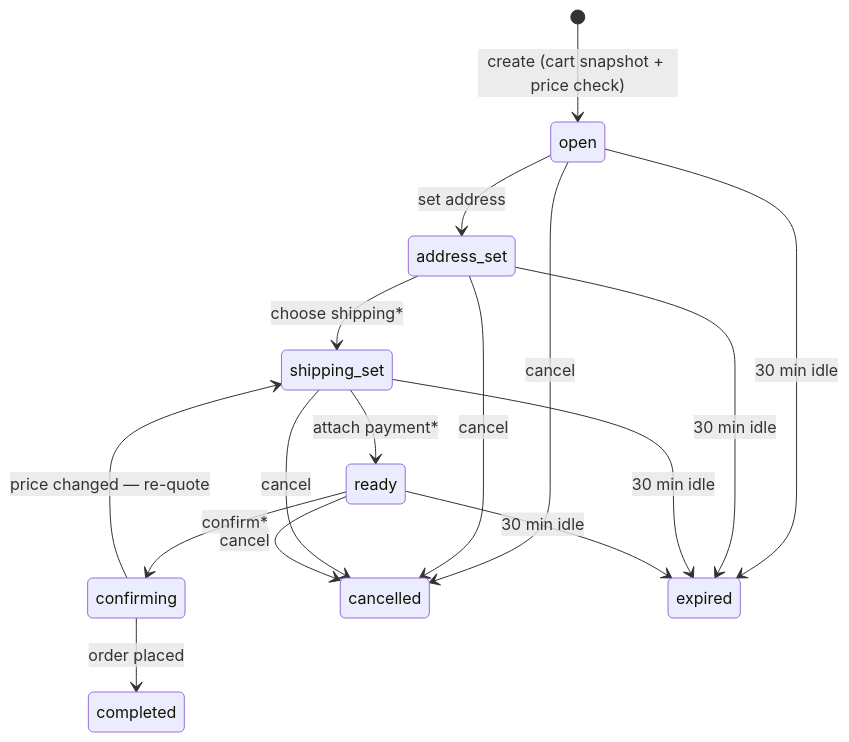
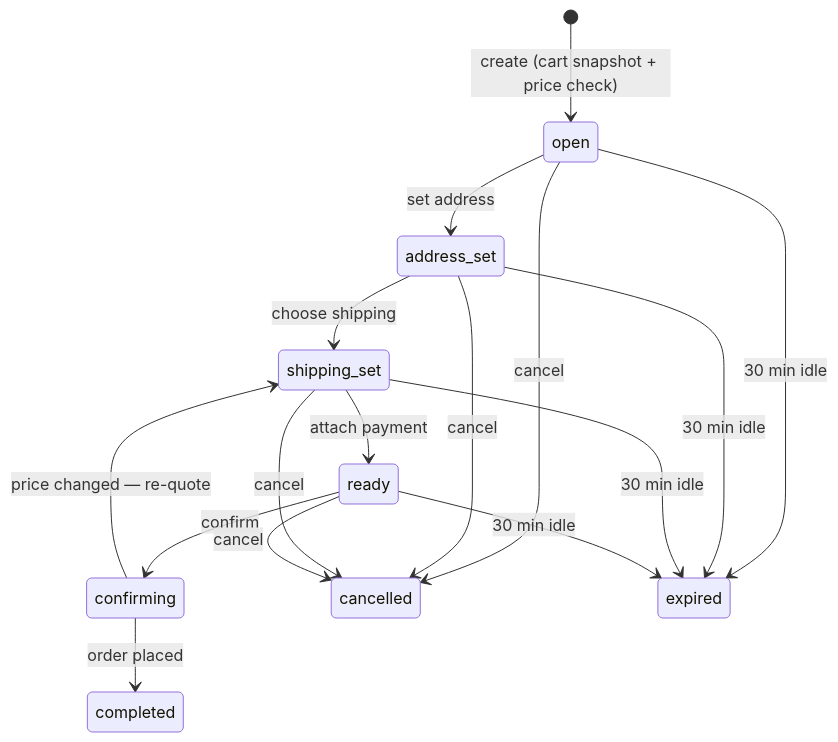
One commit to duynhlab/checkout-service changed the diagram in README.md. Above: the diagram before and after it, drawn with Mermaid. The commit also changed other lines of this file, not shown here.

````diff
--- a/README.md
+++ b/README.md
@@ -24,18 +24,18 @@
 ```mermaid
 stateDiagram-v2
     [*] --> open : create (cart snapshot + price check)
     open --> address_set : set address
-    address_set --> shipping_set : choose shipping*
-    shipping_set --> ready : attach payment*
-    ready --> confirming : confirm*
+    address_set --> shipping_set : choose shipping
+    shipping_set --> ready : attach payment
+    ready --> confirming : confirm
     confirming --> completed : order placed
     confirming --> shipping_set : price changed — re-quote
     open --> cancelled : cancel
     address_set --> cancelled : cancel
     shipping_set --> cancelled : cancel
     ready --> cancelled : cancel
     open --> expired : 30 min idle
     address_set --> expired : 30 min idle
     shipping_set --> expired : 30 min idle
     ready --> expired : 30 min idle
 ```
````
